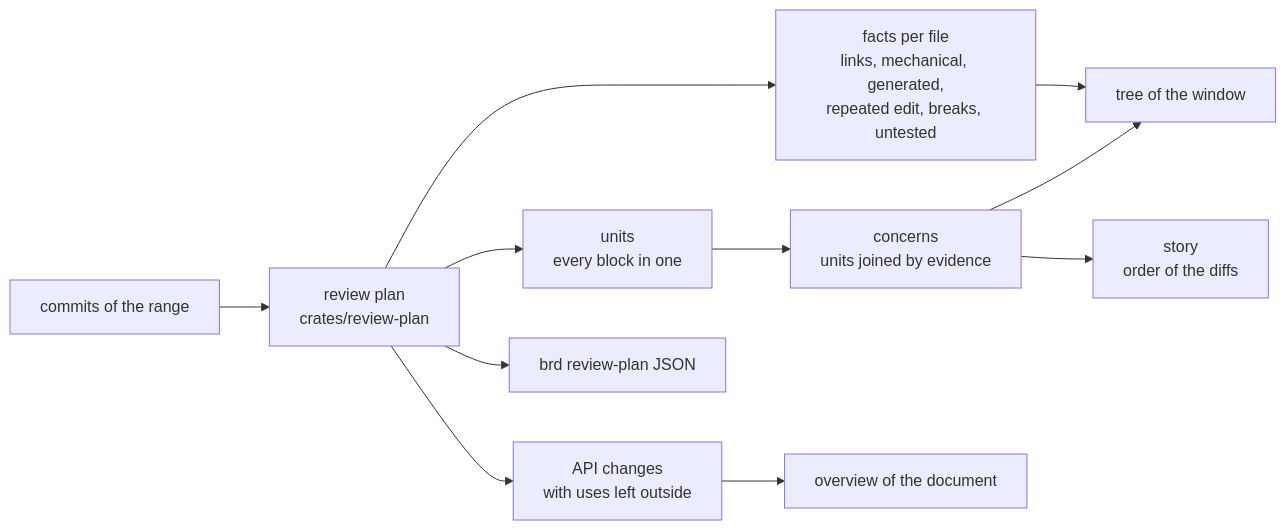
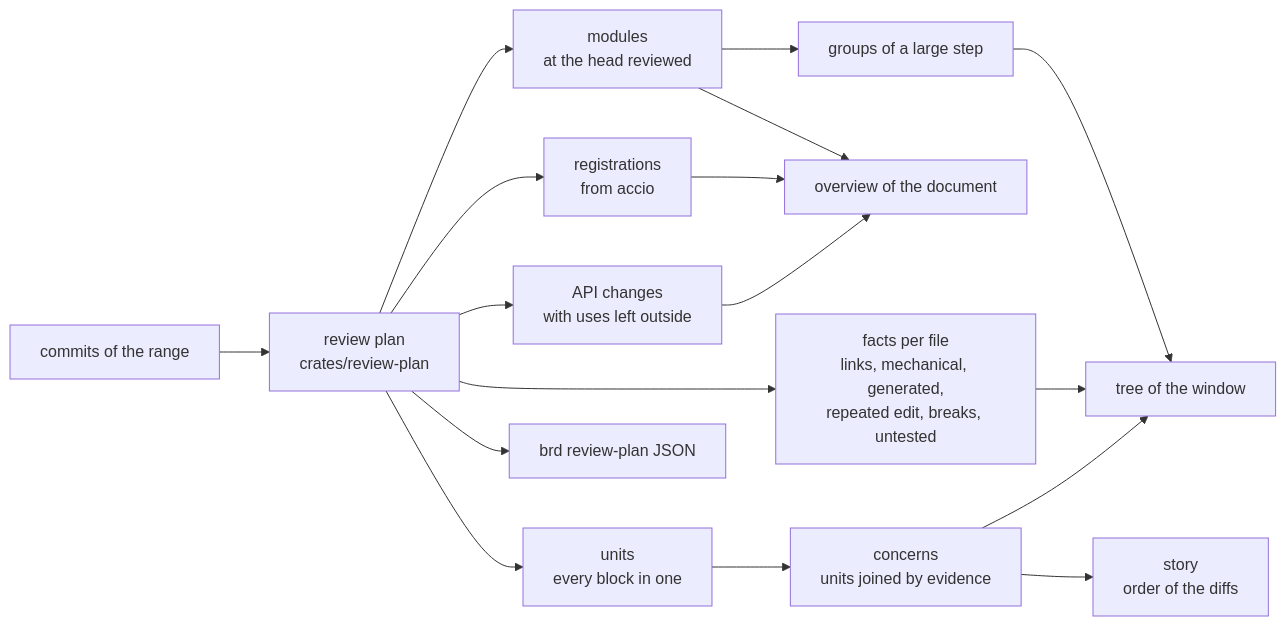
The diagram in docs/design/change-review.md (develar/branch-deck), drawn with Mermaid before and after one commit. The commit also changed other lines of this file, not shown here.

````diff
--- a/docs/design/change-review.md
+++ b/docs/design/change-review.md
@@ -58,13 +60,19 @@
 ```mermaid
 flowchart LR
   R[commits of the range] --> P[review plan<br/>crates/review-plan]
   P --> F[facts per file<br/>links, mechanical, generated,<br/>repeated edit, breaks, untested]
   P --> A[API changes<br/>with uses left outside]
+  P --> M[modules<br/>at the head reviewed]
+  P --> G[registrations<br/>from accio]
+  M --> K
+  G --> K
+  M --> W[groups of a large step]
+  W --> T
   P --> U[units<br/>every block in one]
   U --> C[concerns<br/>units joined by evidence]
   C --> S[story<br/>order of the diffs]
   F --> T[tree of the window]
   C --> T
   A --> K[overview of the document]
   P --> B[brd review-plan JSON]
 ```
````
